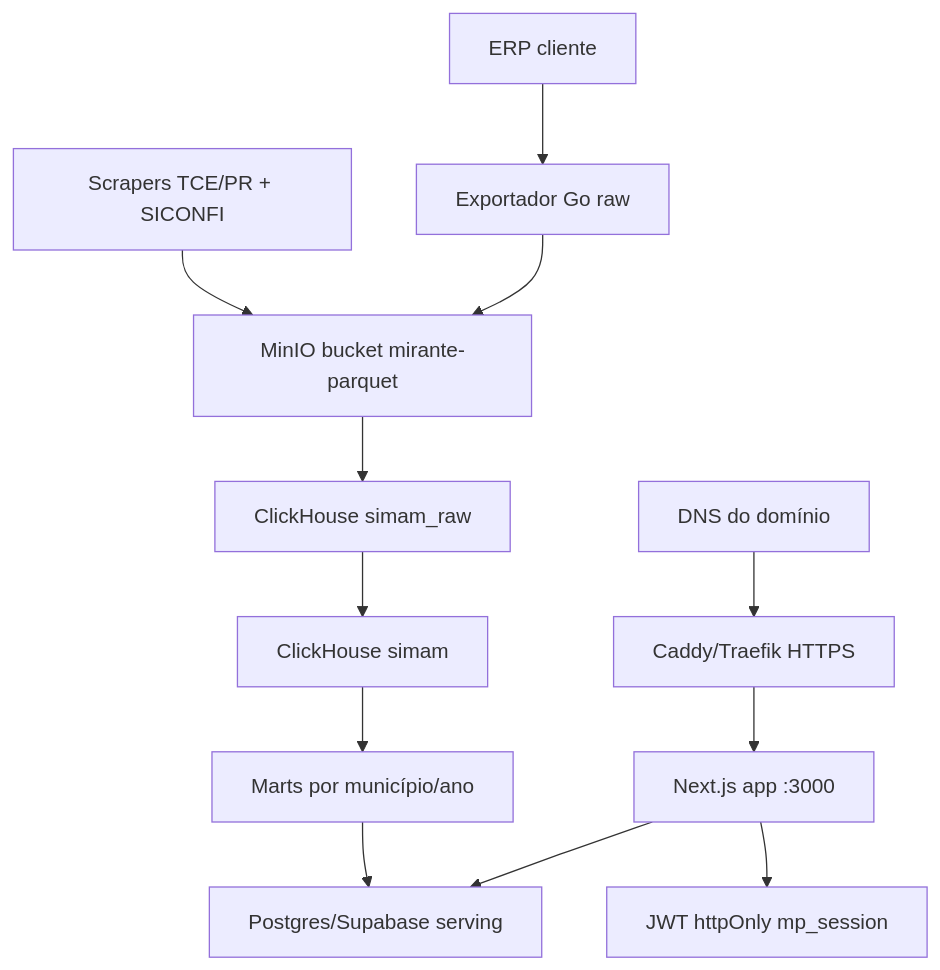
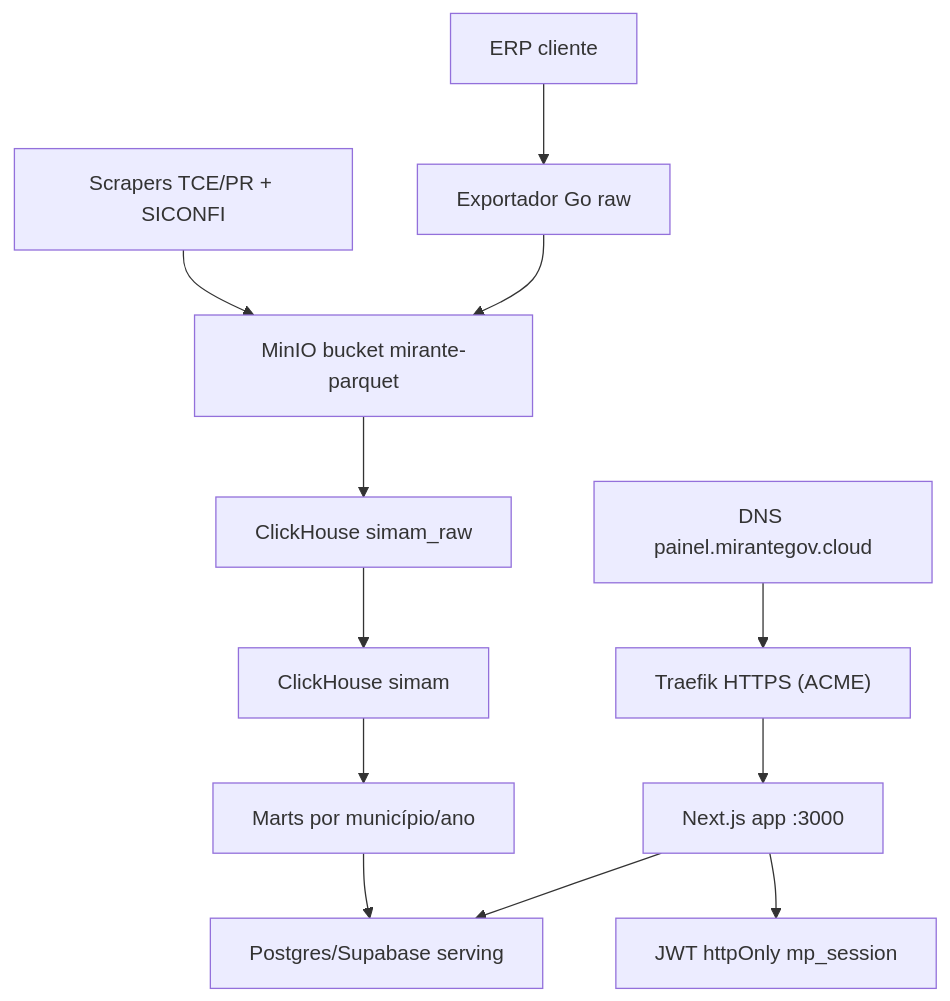
The diagram in docs/plano-consolidado-vps-pipeline.md (mirantegov/painel), drawn with Mermaid before and after one commit. The commit also changed other lines of this file and 2 other files, not shown here.

First line of the commit message:
docs(vps): consolida decisão Traefik + painel.mirantegov.cloud e reforça plano

````diff
--- a/docs/plano-consolidado-vps-pipeline.md
+++ b/docs/plano-consolidado-vps-pipeline.md
@@ -43,15 +81,15 @@
 ```mermaid
 flowchart TD
-  DNS["DNS do domínio"] --> Proxy["Caddy/Traefik HTTPS"]
+  DNS["DNS painel.mirantegov.cloud"] --> Proxy["Traefik HTTPS (ACME)"]
   Proxy --> App["Next.js app :3000"]
   App --> PG["Postgres/Supabase serving"]
   App --> Cookie["JWT httpOnly mp_session"]
 
   ERP["ERP cliente"] --> Exporter["Exportador Go raw"]
   Exporter --> MinIO["MinIO bucket mirante-parquet"]
   Scrapers["Scrapers TCE/PR + SICONFI"] --> MinIO
   MinIO --> CHRaw["ClickHouse simam_raw"]
   CHRaw --> CHSimam["ClickHouse simam"]
   CHSimam --> Marts["Marts por município/ano"]
   Marts --> PG
 ```
````
